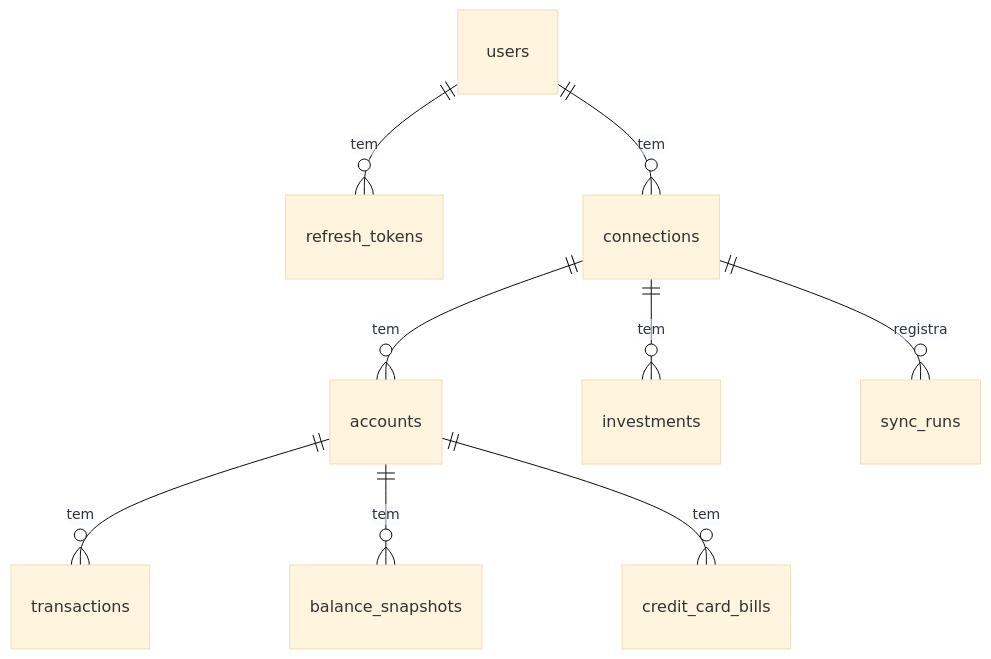
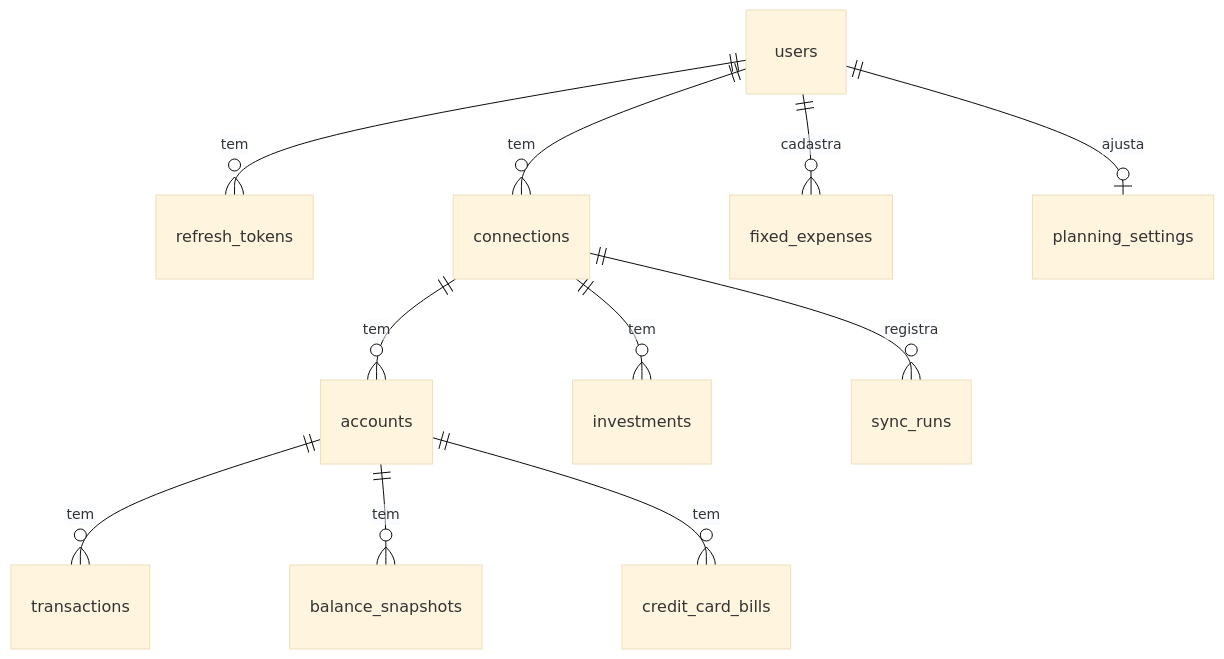
The diagram in Docs/Arquitetura/Modelo de Dados.md (rafaeldossanto/Wallet), drawn with Mermaid (base theme) before and after one commit. The commit also changed other lines of this file and 66 other files, not shown here.

````diff
--- a/Docs/Arquitetura/Modelo de Dados.md
+++ b/Docs/Arquitetura/Modelo de Dados.md
@@ -11,11 +11,13 @@
 ```mermaid
 erDiagram
     users ||--o{ refresh_tokens : "tem"
     users ||--o{ connections : "tem"
+    users ||--o{ fixed_expenses : "cadastra"
+    users ||--o| planning_settings : "ajusta"
     connections ||--o{ accounts : "tem"
     connections ||--o{ investments : "tem"
     connections ||--o{ sync_runs : "registra"
     accounts ||--o{ transactions : "tem"
     accounts ||--o{ balance_snapshots : "tem"
     accounts ||--o{ credit_card_bills : "tem"
 ```
````
